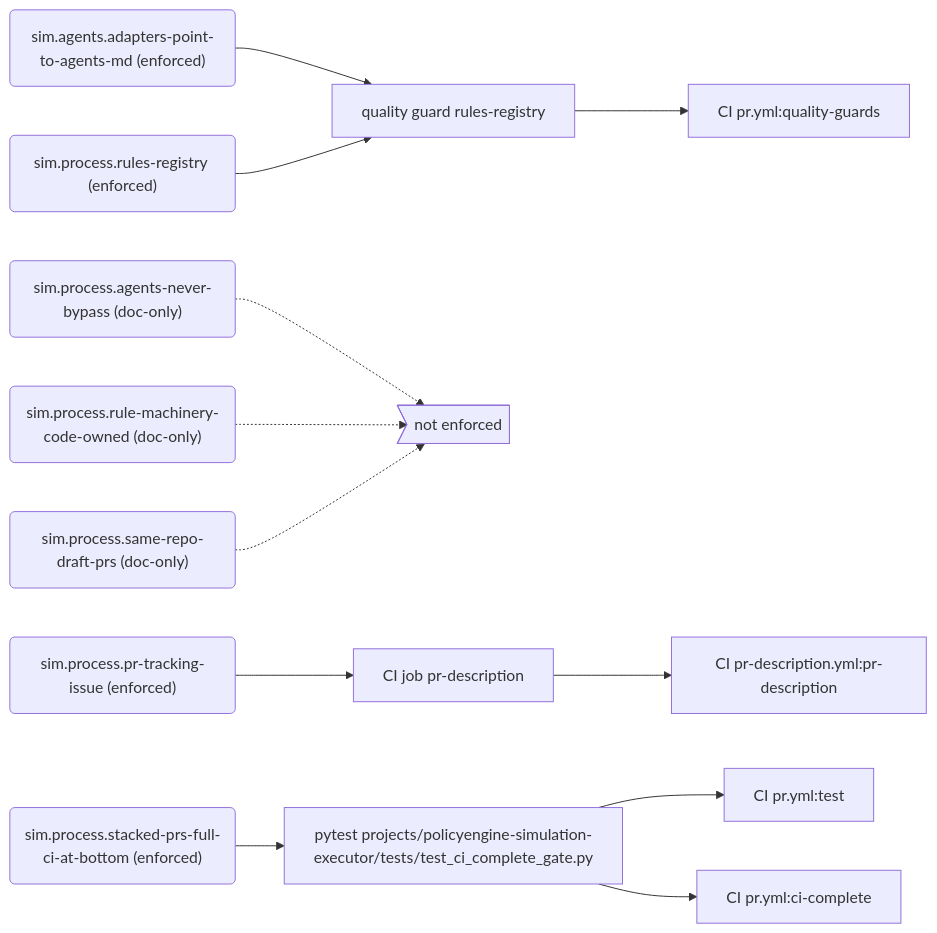
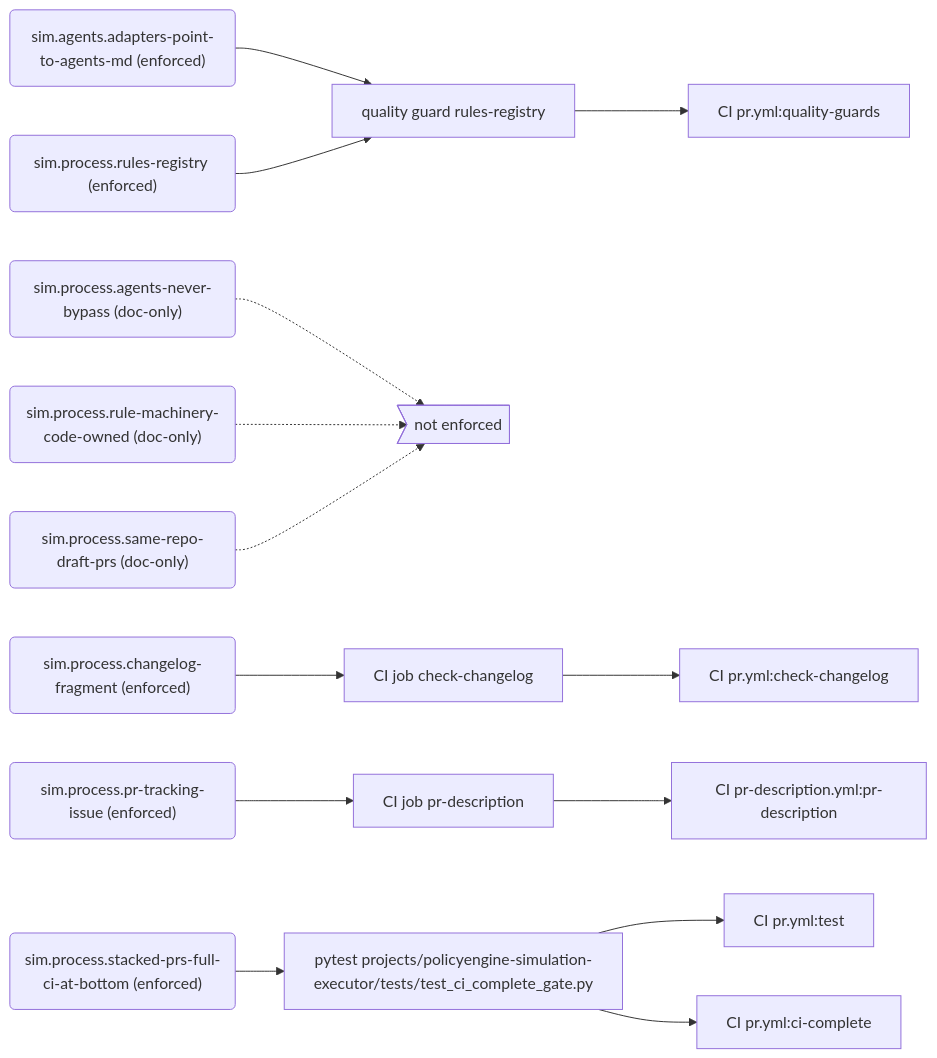
The tenth of 10 diagrams in docs/generated/rules.md (PolicyEngine/policyengine-sim-api), drawn with Mermaid before and after one commit. The commit also changed other lines of this file and 7 other files, not shown here.

````diff
--- a/docs/generated/rules.md
+++ b/docs/generated/rules.md
@@ -465,29 +471,34 @@
 ```mermaid
 flowchart LR
   r_sim_agents_adapters_point_to_agents_md("sim.agents.adapters-point-to-agents-md (enforced)")
   e_quality_guard_rules_registry["quality guard rules-registry"]
   j_CI_pr_yml_quality_guards["CI pr.yml:quality-guards"]
   r_sim_process_agents_never_bypass("sim.process.agents-never-bypass (doc-only)")
   gap_unenforced>"not enforced"]
+  r_sim_process_changelog_fragment("sim.process.changelog-fragment (enforced)")
+  e_CI_job_check_changelog["CI job check-changelog"]
+  j_CI_pr_yml_check_changelog["CI pr.yml:check-changelog"]
   r_sim_process_pr_tracking_issue("sim.process.pr-tracking-issue (enforced)")
   e_CI_job_pr_description["CI job pr-description"]
   j_CI_pr_description_yml_pr_description["CI pr-description.yml:pr-description"]
   r_sim_process_rule_machinery_code_owned("sim.process.rule-machinery-code-owned (doc-only)")
   r_sim_process_rules_registry("sim.process.rules-registry (enforced)")
   r_sim_process_same_repo_draft_prs("sim.process.same-repo-draft-prs (doc-only)")
   r_sim_process_stacked_prs_full_ci_at_bottom("sim.process.stacked-prs-full-ci-at-bottom (enforced)")
   e_pytest_projects_policyengine_simulation_executor_tests_test_ci_complete_gate_py["pytest projects/policyengine-simulation-executor/tests/test_ci_complete_gate.py"]
   j_CI_pr_yml_test["CI pr.yml:test"]
   j_CI_pr_yml_ci_complete["CI pr.yml:ci-complete"]
   r_sim_agents_adapters_point_to_agents_md --> e_quality_guard_rules_registry
   e_quality_guard_rules_registry --> j_CI_pr_yml_quality_guards
   r_sim_process_agents_never_bypass -.-> gap_unenforced
+  r_sim_process_changelog_fragment --> e_CI_job_check_changelog
+  e_CI_job_check_changelog --> j_CI_pr_yml_check_changelog
   r_sim_process_pr_tracking_issue --> e_CI_job_pr_description
   e_CI_job_pr_description --> j_CI_pr_description_yml_pr_description
   r_sim_process_rule_machinery_code_owned -.-> gap_unenforced
   r_sim_process_rules_registry --> e_quality_guard_rules_registry
   r_sim_process_same_repo_draft_prs -.-> gap_unenforced
   r_sim_process_stacked_prs_full_ci_at_bottom --> e_pytest_projects_policyengine_simulation_executor_tests_test_ci_complete_gate_py
   e_pytest_projects_policyengine_simulation_executor_tests_test_ci_complete_gate_py --> j_CI_pr_yml_test
   e_pytest_projects_policyengine_simulation_executor_tests_test_ci_complete_gate_py --> j_CI_pr_yml_ci_complete
 ```
````
